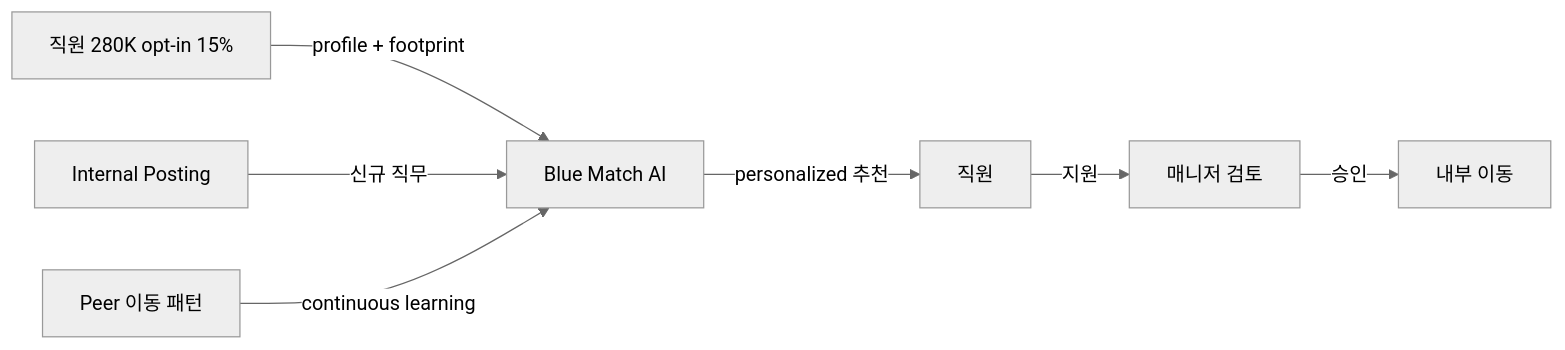
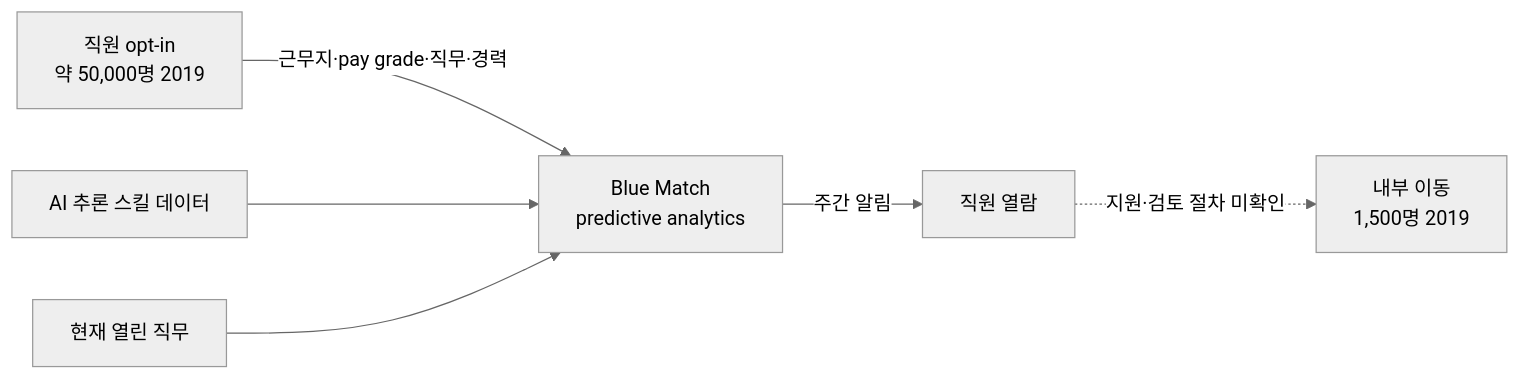
One commit to jameskim1st/hr-ai-benchmark changed the diagram in wiki/usecases/ibm-blue-match-internal-mobility.md. Above: the diagram before and after it, drawn with Mermaid (neutral theme). The commit also changed other lines of this file and 222 other files, not shown here.

````diff
--- a/wiki/usecases/ibm-blue-match-internal-mobility.md
+++ b/wiki/usecases/ibm-blue-match-internal-mobility.md
@@ -103,9 +104,8 @@
 ```mermaid
 flowchart LR
-    Emp[직원 280K opt-in 15%] -->|profile + footprint| Match[Blue Match AI]
-    Posting[Internal Posting] -->|신규 직무| Match
-    Peer[Peer 이동 패턴] -->|continuous learning| Match
-    Match -->|personalized 추천| Emp2[직원]
-    Emp2 -->|지원| Manager[매니저 검토]
-    Manager -->|승인| Move[내부 이동]
+    Emp[직원 opt-in<br/>약 50,000명 2019] -->|근무지·pay grade·직무·경력| Match[Blue Match<br/>predictive analytics]
+    Skills[AI 추론 스킬 데이터] --> Match
+    Posting[현재 열린 직무] --> Match
+    Match -->|주간 알림| Emp2[직원 열람]
+    Emp2 -.->|지원·검토 절차 미확인| Move[내부 이동<br/>1,500명 2019]
 ```
````
